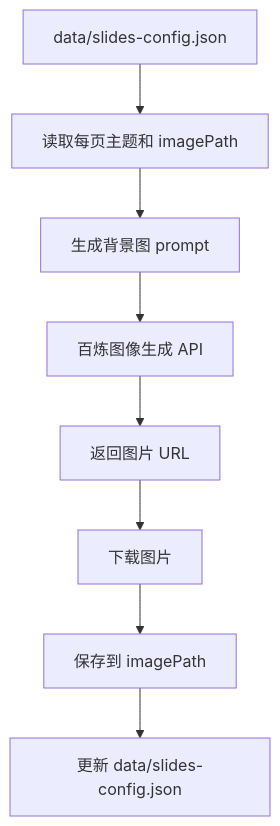
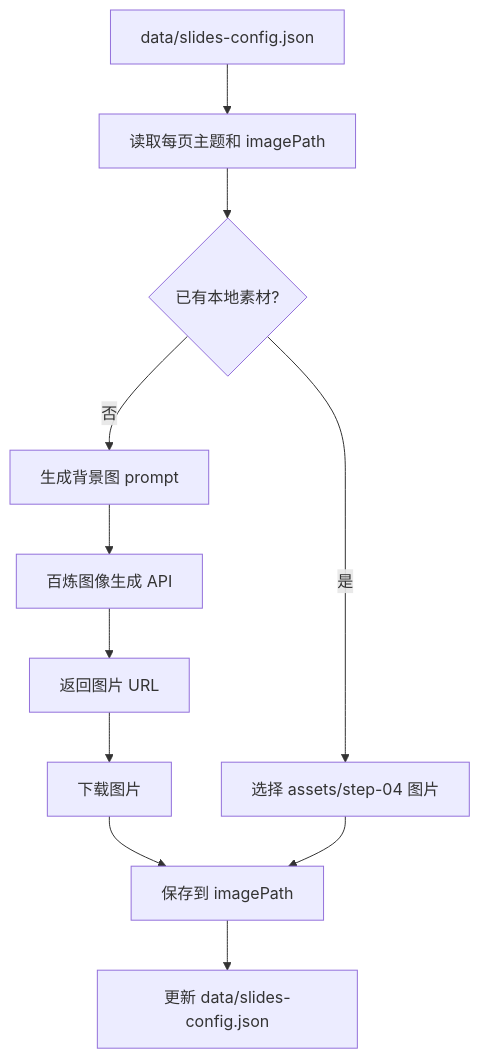
One commit to hotcoffeeshake/tiktok-slideshow-bailian changed the fifth of 9 diagrams in docs/FLOWCHART.md. Above: the diagram before and after it, drawn with Mermaid. The commit also changed other lines of this file and 11 other files, not shown here.

````diff
--- a/docs/FLOWCHART.md
+++ b/docs/FLOWCHART.md
@@ -194,10 +199,13 @@
 ```mermaid
 flowchart TD
   A["data/slides-config.json"] --> B["读取每页主题和 imagePath"]
-  B --> C["生成背景图 prompt"]
-  C --> D["百炼图像生成 API"]
-  D --> E["返回图片 URL"]
-  E --> F["下载图片"]
-  F --> G["保存到 imagePath"]
-  G --> H["更新 data/slides-config.json"]
+  B --> C{"已有本地素材?"}
+  C -->|是| D["选择 assets/step-04 图片"]
+  C -->|否| E["生成背景图 prompt"]
+  E --> F["百炼图像生成 API"]
+  F --> G["返回图片 URL"]
+  G --> H["下载图片"]
+  H --> I["保存到 imagePath"]
+  D --> I
+  I --> J["更新 data/slides-config.json"]
 ```
````
